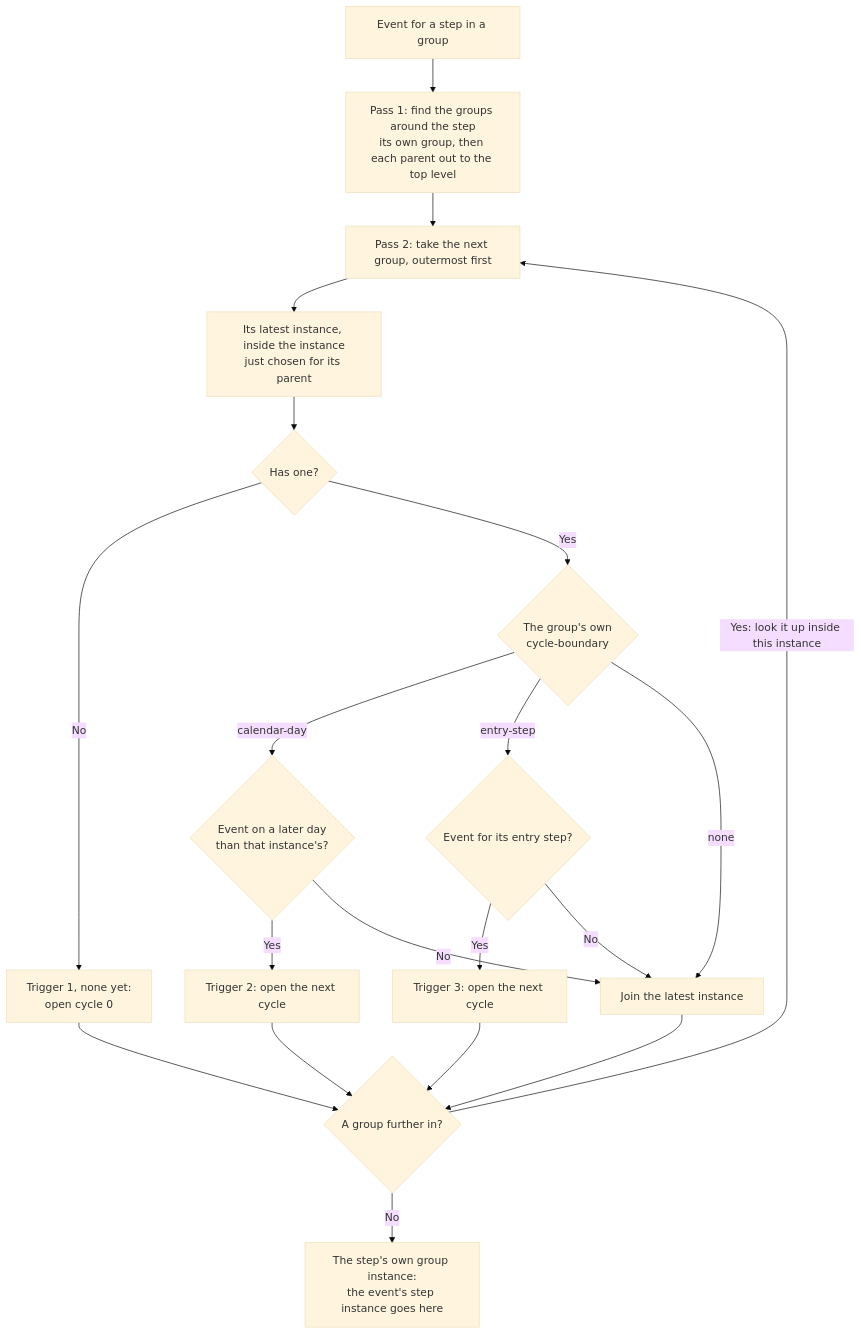
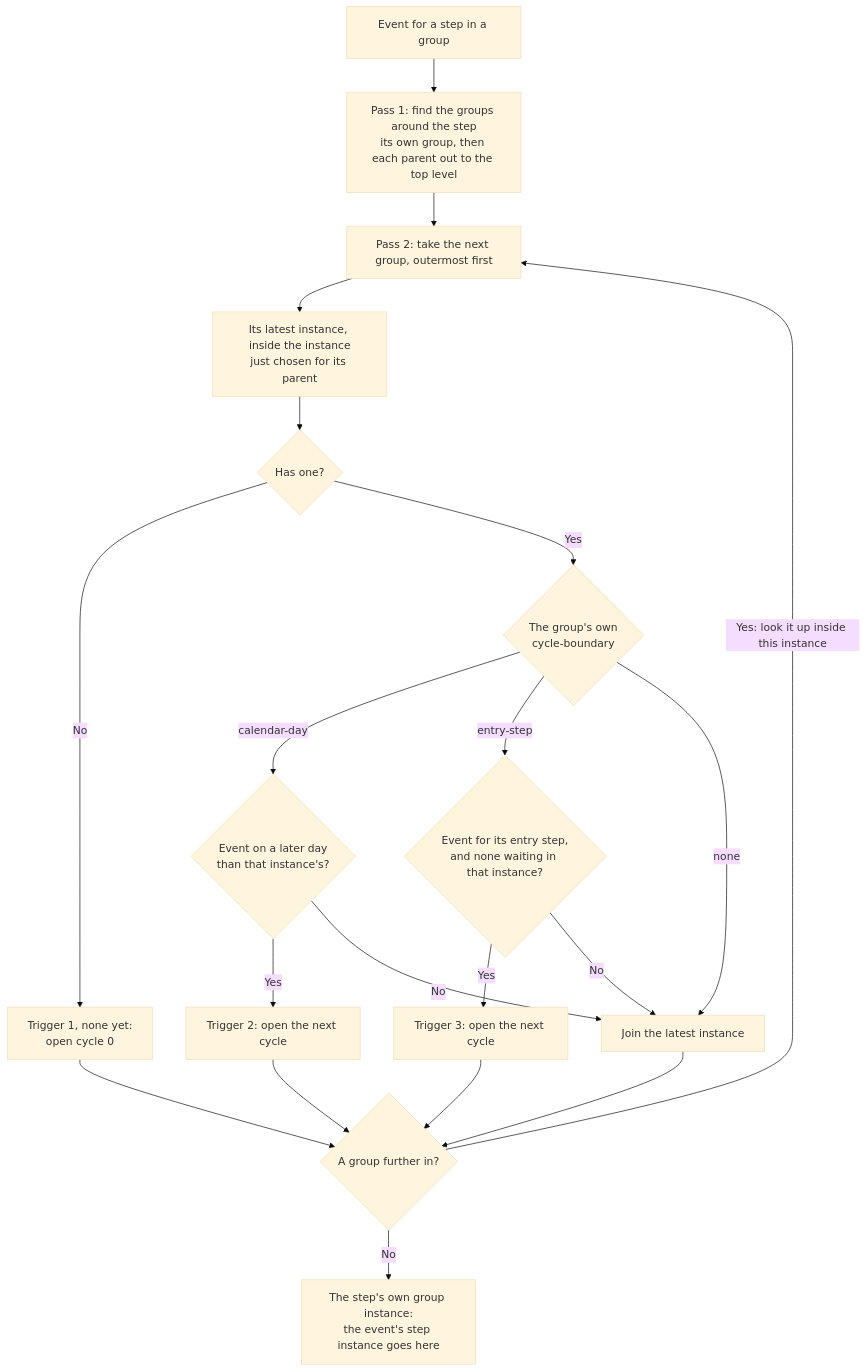
One commit to Jayaprakash8887/cce-matcher-service changed the eighth of 9 diagrams in docs/architecture-overview.md. Above: the diagram before and after it, drawn with Mermaid (base theme). The commit also changed other lines of this file and 10 other files, not shown here.

First line of the commit message:
CCE-135: entry step in a nested group; simplify docs for readability

````diff
--- a/docs/architecture-overview.md
+++ b/docs/architecture-overview.md
@@ -894,22 +1049,22 @@
 ```mermaid
 flowchart TD
     EVENT["Event for a step in a group"] --> FIND["Pass 1: find the groups around the step<br/>its own group, then each parent out to the top level"]
     FIND --> NEXT["Pass 2: take the next group, outermost first"]
     NEXT --> LATEST["Its latest instance, inside the instance<br/>just chosen for its parent"]
     LATEST --> HAS{"Has one?"}
     HAS -->|"No"| T1["Trigger 1, none yet:<br/>open cycle 0"]
     HAS -->|"Yes"| CB{"The group's own<br/>cycle-boundary"}
     CB -->|"calendar-day"| DAY{"Event on a later day<br/>than that instance's?"}
-    CB -->|"entry-step"| ENTRY{"Event for its entry step?"}
+    CB -->|"entry-step"| ENTRY{"Event for its entry step,<br/>and none waiting in that instance?"}
     CB -->|"none"| JOIN["Join the latest instance"]
     DAY -->|"Yes"| T2["Trigger 2: open the next cycle"]
     DAY -->|"No"| JOIN
     ENTRY -->|"Yes"| T3["Trigger 3: open the next cycle"]
     ENTRY -->|"No"| JOIN
     T1 --> MORE{"A group further in?"}
     T2 --> MORE
     T3 --> MORE
     JOIN --> MORE
     MORE -->|"Yes: look it up inside this instance"| NEXT
     MORE -->|"No"| DONE["The step's own group instance:<br/>the event's step instance goes here"]
 ```
````
